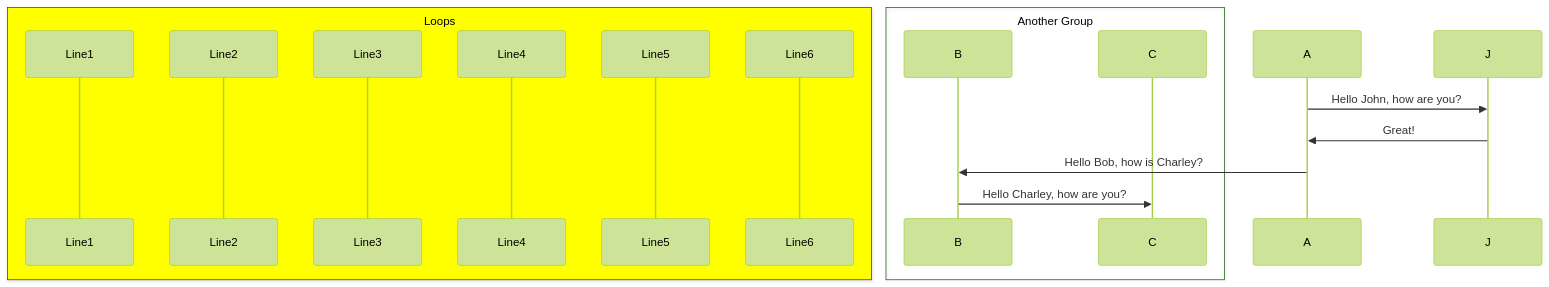
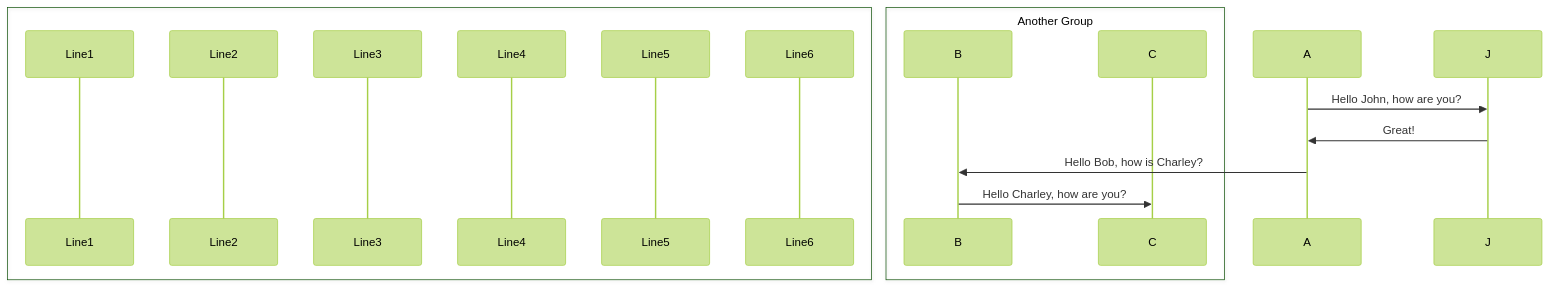
Before and after one commit to noneda/try-pygame: the fifth of 5 diagrams in README.md, drawn with Mermaid (forest theme).

````diff
--- a/README.md
+++ b/README.md
@@ -434,20 +434,20 @@
 ```mermaid
 sequenceDiagram
-  box Yellow Loops
+  box #DAF7A6 Loops
     participant Line1
     participant Line2
     participant Line3
     participant Line4
     participant Line5
     participant Line6
   end
   box Another Group
     participant B
     participant C
   end
   A->>J: Hello John, how are you?
   J->>A: Great!
   A->>B: Hello Bob, how is Charley?
   B->>C: Hello Charley, how are you?
 
 ```
````
